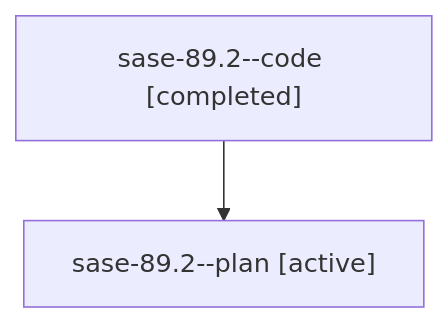
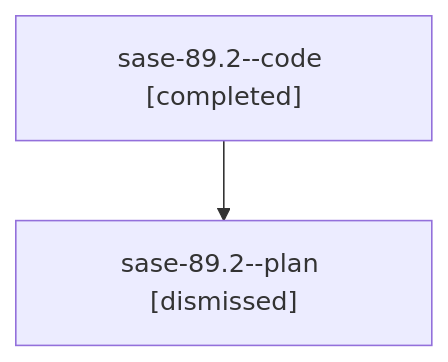
Before and after one commit to sase-org/sase--agents: the diagram in sessions/bbugyi200.athena.sase-89.2.md, drawn with Mermaid. The commit also changed other lines of this file and 82 other files, not shown here.

````diff
--- a/sessions/bbugyi200.athena.sase-89.2.md
+++ b/sessions/bbugyi200.athena.sase-89.2.md
@@ -9,6 +9,6 @@
 ```mermaid
 flowchart TD
   n0["sase-89.2--code [completed]"]
-  n1["sase-89.2--plan [active]"]
+  n1["sase-89.2--plan [dismissed]"]
   n0 --> n1
 ```
````
